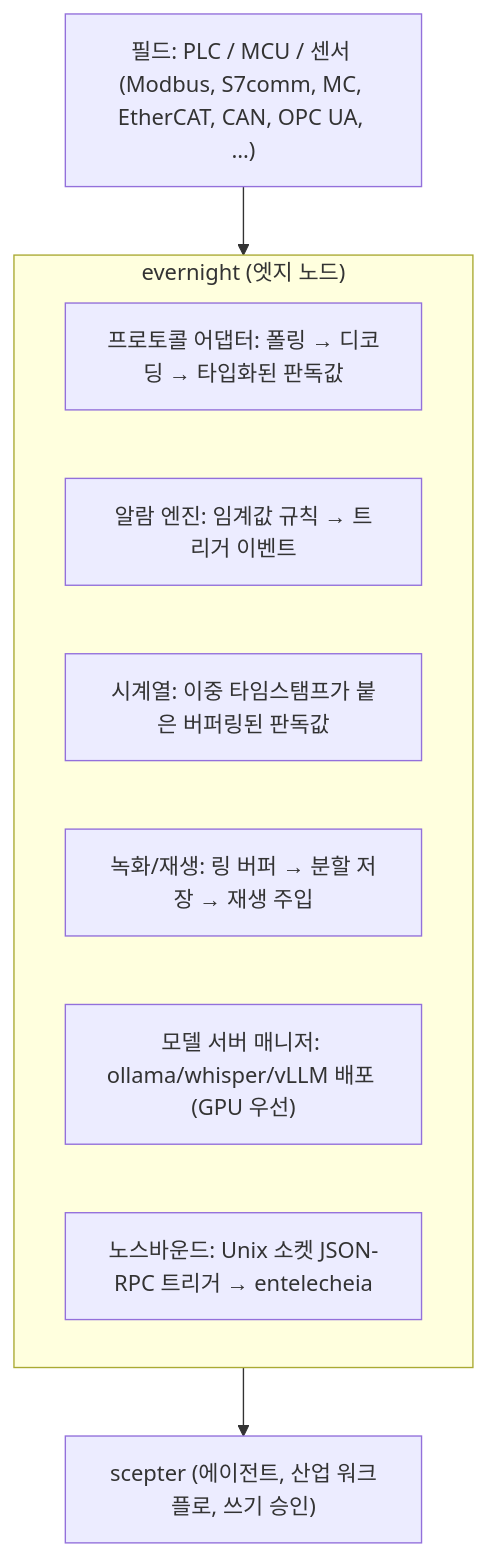
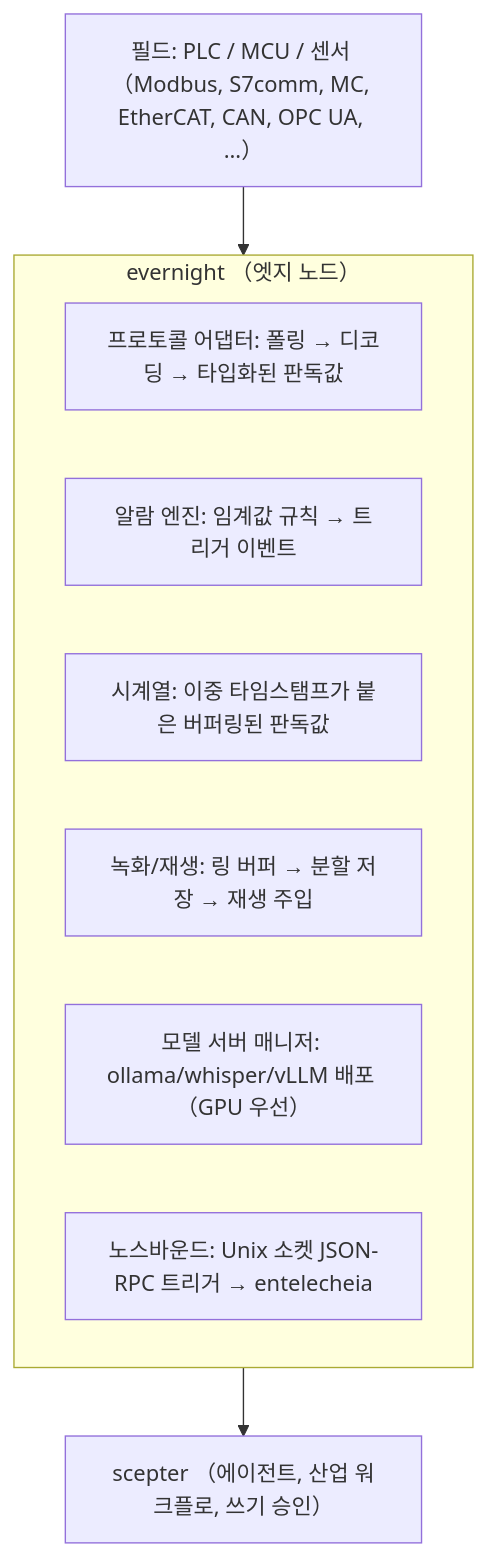
Before and after one commit to celestia-island/docs.celestia.world: the diagram in docs/ko/platforms/evernight.md, drawn with Mermaid. The commit also changed 35 other files, not shown here.

First line of the commit message:
📝 Convert ASCII parentheses in mermaid fences to fullwidth across languages. (#96)

````diff
--- a/docs/ko/platforms/evernight.md
+++ b/docs/ko/platforms/evernight.md
@@ -11,14 +11,14 @@
 ```mermaid
 flowchart TD
-    C["필드: PLC / MCU / 센서 (Modbus, S7comm, MC, EtherCAT, CAN, OPC UA, …)"]
-    subgraph G["evernight (엣지 노드)"]
+    C["필드: PLC / MCU / 센서 （Modbus, S7comm, MC, EtherCAT, CAN, OPC UA, …）"]
+    subgraph G["evernight （엣지 노드）"]
         N0["프로토콜 어댑터: 폴링 → 디코딩 → 타입화된 판독값"]
         N1["알람 엔진: 임계값 규칙 → 트리거 이벤트"]
         N2["시계열: 이중 타임스탬프가 붙은 버퍼링된 판독값"]
         N3["녹화/재생: 링 버퍼 → 분할 저장 → 재생 주입"]
-        N4["모델 서버 매니저: ollama/whisper/vLLM 배포 (GPU 우선)"]
+        N4["모델 서버 매니저: ollama/whisper/vLLM 배포 （GPU 우선）"]
         N5["노스바운드: Unix 소켓 JSON-RPC 트리거 → entelecheia"]
     end
     C --> G
-    G --> B["scepter (에이전트, 산업 워크플로, 쓰기 승인)"]
+    G --> B["scepter （에이전트, 산업 워크플로, 쓰기 승인）"]
 ```
````
